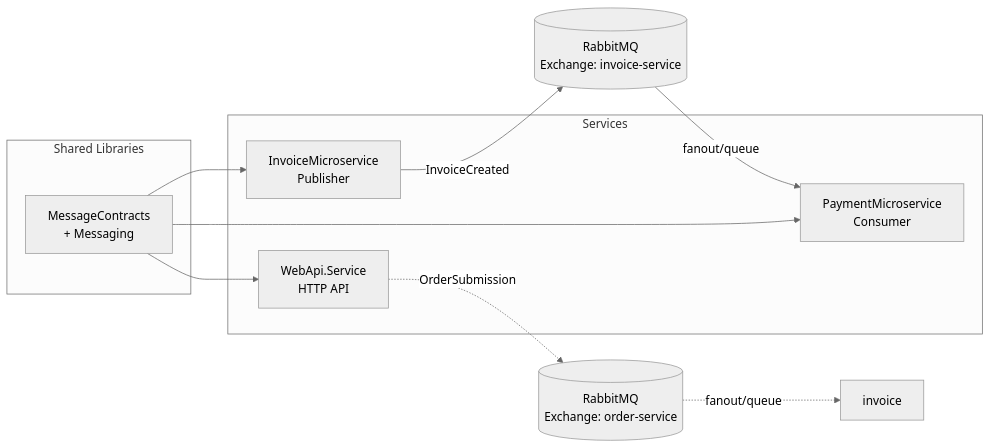
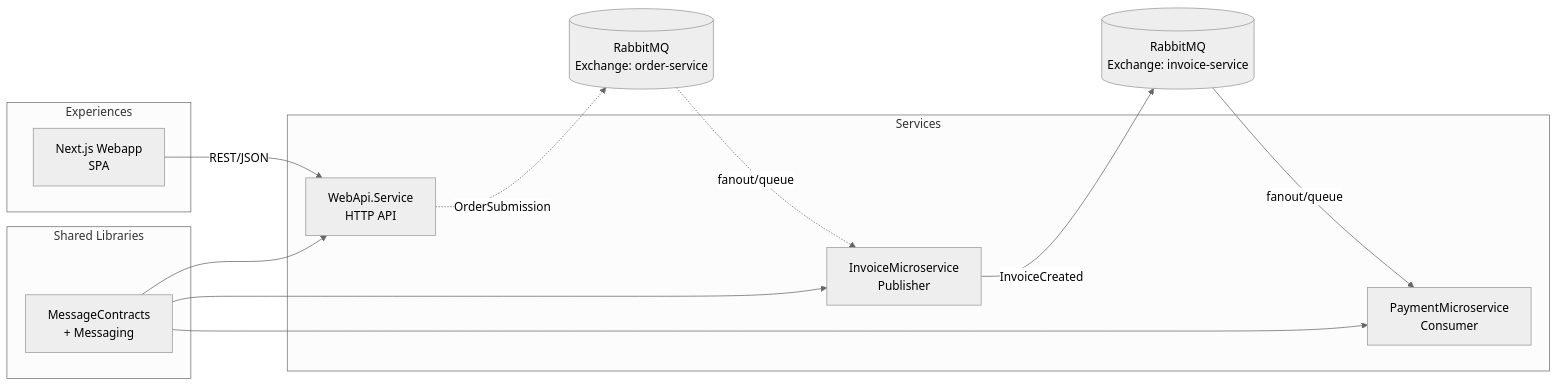
One commit to DragceSU/AspireProject changed the first of 3 diagrams in README.md. Above: the diagram before and after it, drawn with Mermaid (neutral theme). The commit also changed other lines of this file, not shown here.

````diff
--- a/README.md
+++ b/README.md
@@ -19,21 +19,26 @@
 ```mermaid
 flowchart LR
+    subgraph Experiences
+        W[Next.js Webapp<br/>SPA]
+    end
+
     subgraph Services
         A[WebApi.Service<br/>HTTP API]
         B[InvoiceMicroservice<br/>Publisher]
         C[PaymentMicroservice<br/>Consumer]
     end
 
+    W -- REST/JSON --> A
     B -- InvoiceCreated --> Q[(RabbitMQ<br/>Exchange: invoice-service)]
     Q -- fanout/queue --> C
     A -. OrderSubmission .-> O[(RabbitMQ<br/>Exchange: order-service)]
-    O -. fanout/queue .-> invoice
+    O -. fanout/queue .-> B
 
     subgraph Shared Libraries
         M[MessageContracts<br/>+ Messaging]
     end
 
     M --> B
     M --> C
     M --> A
 ```
````
